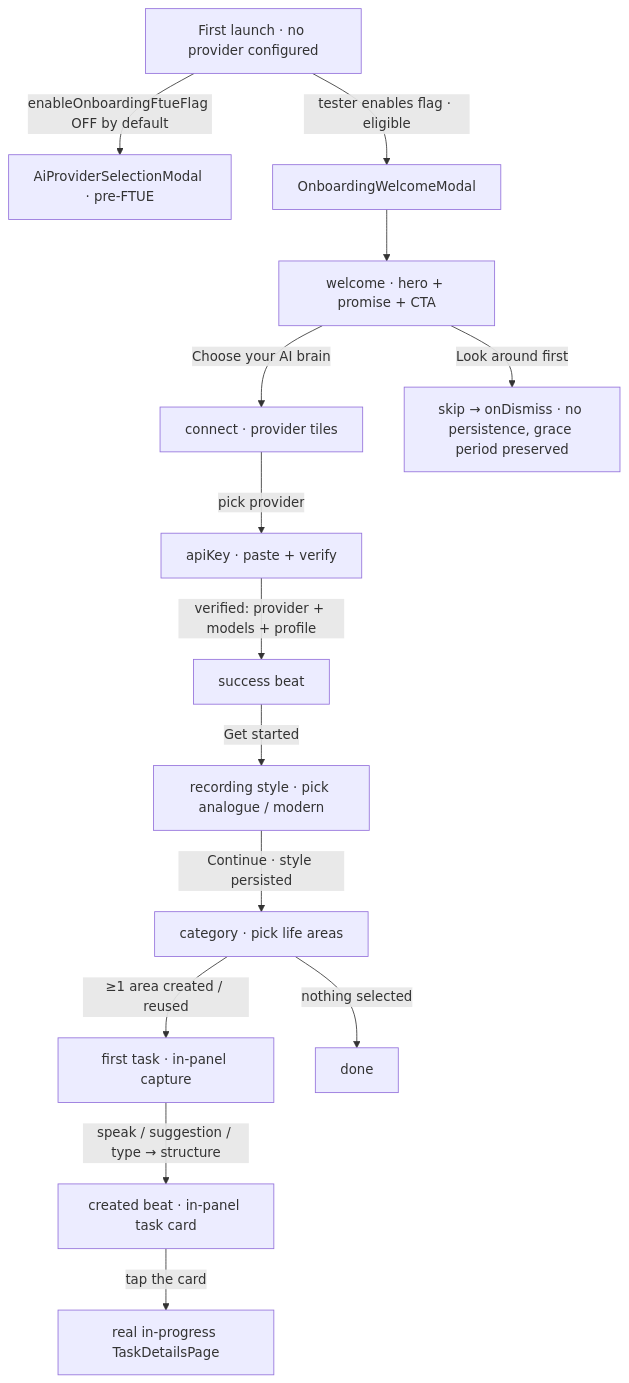
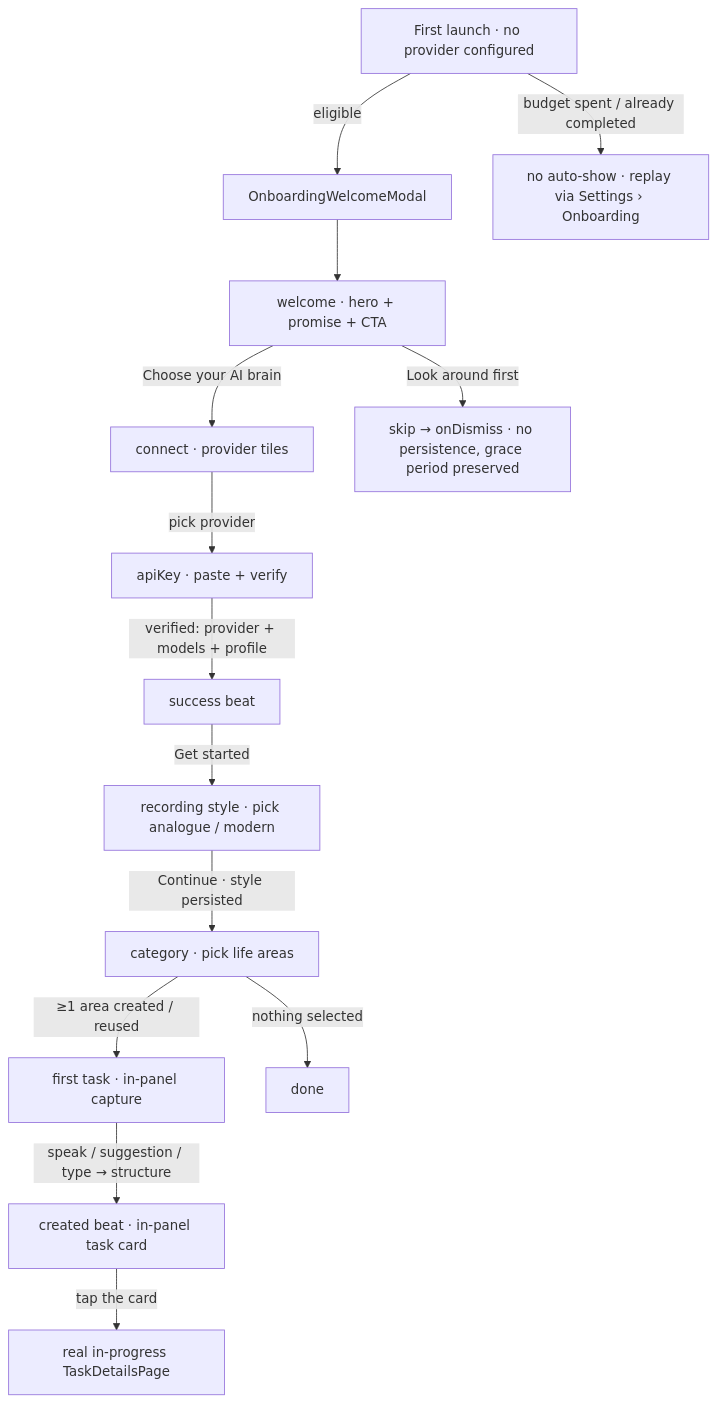
One commit to matthiasn/lotti changed the first of 7 diagrams in lib/features/onboarding/README.md. Above: the diagram before and after it, drawn with Mermaid. The commit also changed other lines of this file and 49 other files, not shown here.

Commit message:
feat: retire the onboarding FTUE flag and delete the legacy setup prompt (#3487)

````diff
--- a/lib/features/onboarding/README.md
+++ b/lib/features/onboarding/README.md
@@ -21,16 +22,16 @@
 ```mermaid
 flowchart TD
-    L[First launch · no provider configured] -->|enableOnboardingFtueFlag OFF by default| LEGACY[AiProviderSelectionModal · pre-FTUE]
-    L -->|tester enables flag · eligible| W[OnboardingWelcomeModal]
+    L[First launch · no provider configured] -->|eligible| W[OnboardingWelcomeModal]
+    L -->|budget spent / already completed| NONE[no auto-show · replay via Settings › Onboarding]
     W --> WL[welcome · hero + promise + CTA]
     WL -->|Choose your AI brain| CN[connect · provider tiles]
     WL -->|Look around first| SK[skip → onDismiss · no persistence, grace period preserved]
     CN -->|pick provider| AK[apiKey · paste + verify]
     AK -->|verified: provider + models + profile| SU[success beat]
     SU -->|Get started| RS[recording style · pick analogue / modern]
     RS -->|Continue · style persisted| CAT[category · pick life areas]
     CAT -->|≥1 area created / reused| FT[first task · in-panel capture]
     CAT -->|nothing selected| DONE[done]
     FT -->|speak / suggestion / type → structure| CARD[created beat · in-panel task card]
     CARD -->|tap the card| TASK[real in-progress TaskDetailsPage]
 ```
````
